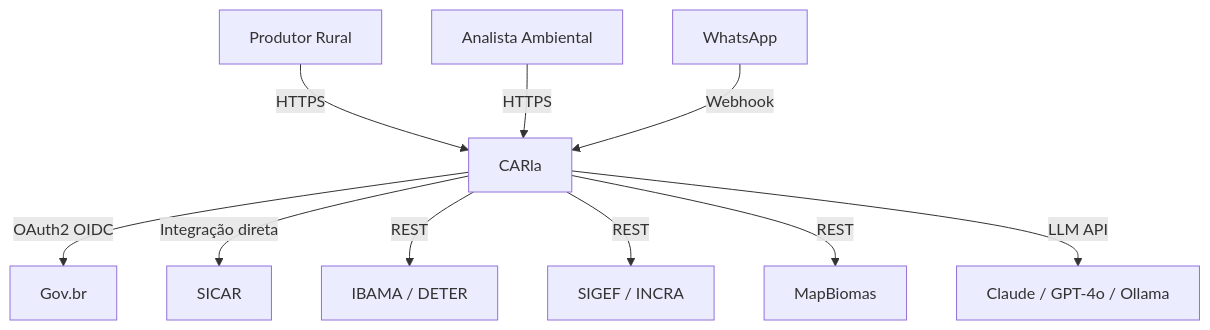
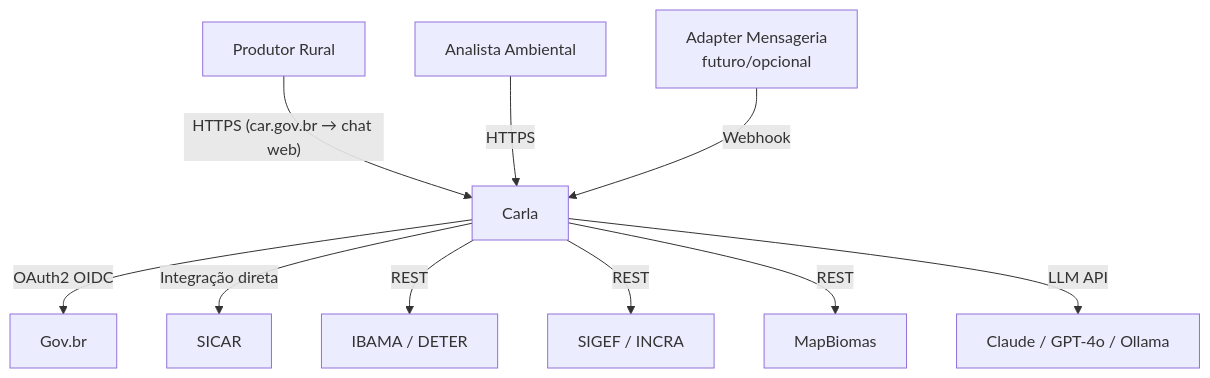
The first of 2 diagrams in website/docs/arquitetura/visao-geral.md (gresas/carla-cadastro-rural), drawn with Mermaid before and after one commit. The commit also changed other lines of this file and 32 other files, not shown here.

First line of the commit message:
docs: atualizar paradigma do canal WhatsApp → interface web própria

````diff
--- a/website/docs/arquitetura/visao-geral.md
+++ b/website/docs/arquitetura/visao-geral.md
@@ -16,12 +16,12 @@
 ```mermaid
 graph TB
-    PR[Produtor Rural] -->|HTTPS| CL[CARla]
+    PR[Produtor Rural] -->|"HTTPS (car.gov.br → chat web)"| CL[Carla]
     AN[Analista Ambiental] -->|HTTPS| CL
-    WP[WhatsApp] -->|Webhook| CL
     CL -->|OAuth2 OIDC| GB[Gov.br]
     CL -->|Integração direta| SI[SICAR]
     CL -->|REST| IB[IBAMA / DETER]
     CL -->|REST| SG[SIGEF / INCRA]
     CL -->|REST| MB[MapBiomas]
     CL -->|LLM API| LM[Claude / GPT-4o / Ollama]
+    MA[Adapter Mensageria\nfuturo/opcional] -->|Webhook| CL
 ```
````
